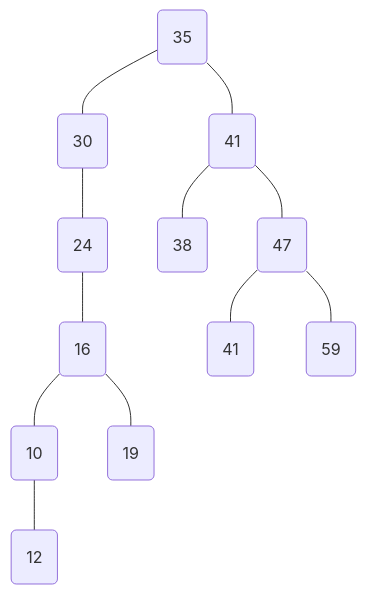
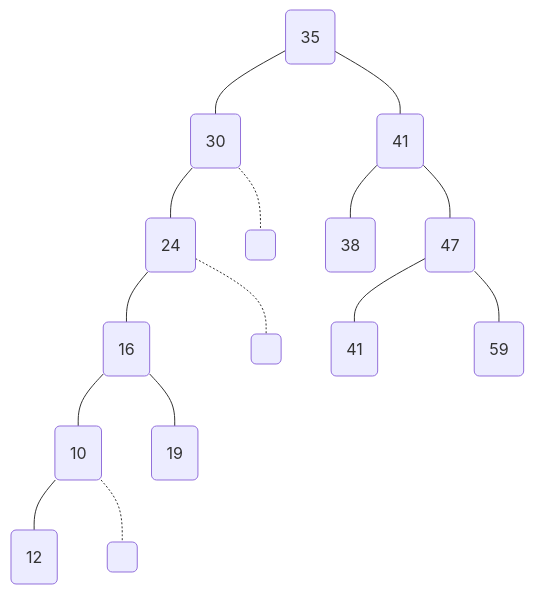
The sixth of 7 diagrams in docs/algo/Chapitres/Arbre.md (qhorgues/Cours-Polytech), drawn with Mermaid before and after one commit. The commit also changed 7 other files, not shown here.

````diff
--- a/docs/algo/Chapitres/Arbre.md
+++ b/docs/algo/Chapitres/Arbre.md
@@ -142,14 +142,18 @@
 ```mermaid
 graph TD;
     A(35)---B(30);
     A---C(41);
     B---D(24);
+    B-.-M( );
     C---E(38);
     C---F(47);
     D---G(16);
+    D-.-N( );
     F---H(41);
     F---I(59);
     G---J(10);
     G---K(19);
     J---L(12);
+    J-.-O( );
+
 ```
````
